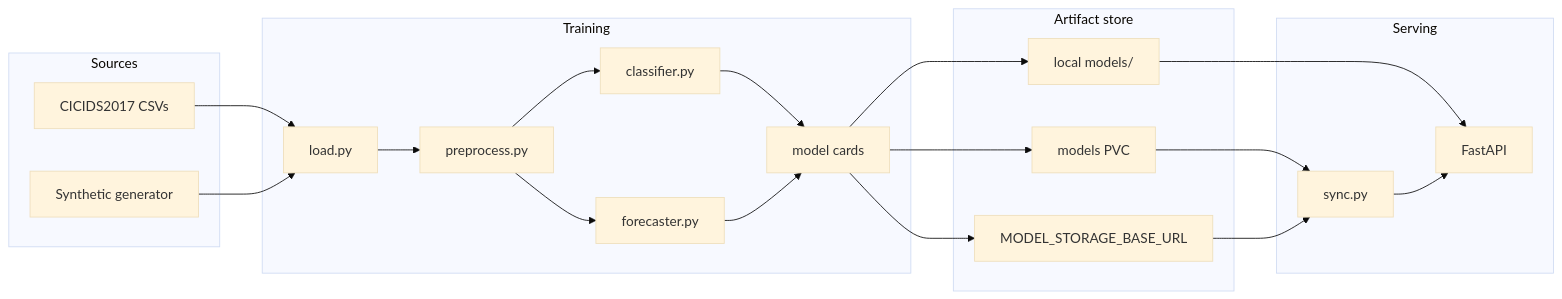
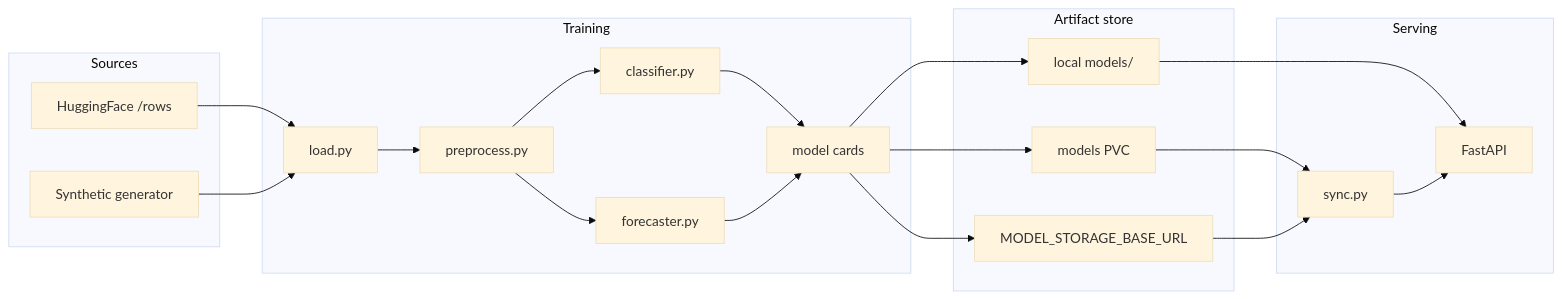
One commit to Tkc12344/netanomaly changed the first of 4 diagrams in docs/ARCHITECTURE.md. Above: the diagram before and after it, drawn with Mermaid (base theme). The commit also changed other lines of this file and 29 other files, not shown here.

First line of the commit message:
Add Hugging Face CICIDS fetch and harden the API for serving.

````diff
--- a/docs/ARCHITECTURE.md
+++ b/docs/ARCHITECTURE.md
@@ -18,41 +16,41 @@
 ```mermaid
 flowchart LR
   subgraph sources [Sources]
-    CICIDS[CICIDS2017 CSVs]
+    HF["HuggingFace /rows"]
     SYN[Synthetic generator]
   end
 
   subgraph train [Training]
     LOAD[load.py]
     PRE[preprocess.py]
     CLF[classifier.py]
     FC[forecaster.py]
     CARD[model cards]
   end
 
   subgraph serve [Serving]
     API[FastAPI]
     SYNC[sync.py]
   end
 
   subgraph store [Artifact store]
     PVC[models PVC]
     HTTP[MODEL_STORAGE_BASE_URL]
     DISK[local models/]
   end
 
-  CICIDS --> LOAD
+  HF --> LOAD
   SYN --> LOAD
   LOAD --> PRE
   PRE --> CLF
   PRE --> FC
   CLF --> CARD
   FC --> CARD
   CARD --> DISK
   CARD --> PVC
   CARD --> HTTP
   DISK --> API
   PVC --> SYNC
   HTTP --> SYNC
   SYNC --> API
 ```
````
